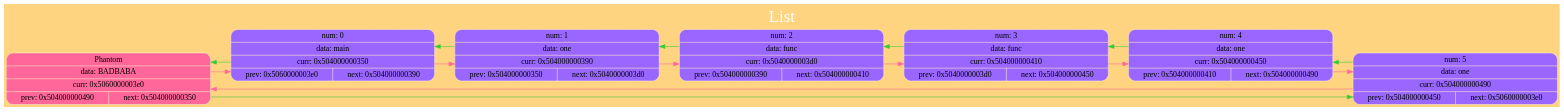
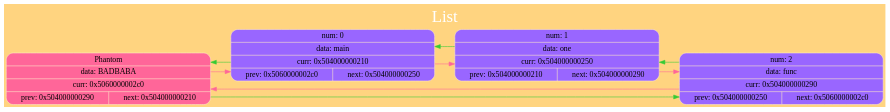
The diagram in StringList/dump/ListGraph.dot (kand1bober/OOSD-Language), drawn with Graphviz before and after one commit. The commit also changed 14 other files, not shown here.

```diff
--- a/StringList/dump/ListGraph.dot
+++ b/StringList/dump/ListGraph.dot
@@ -1,34 +1,25 @@
 digraph G
 {
 label="List";
  labelloc="t";
  fontsize=30
  fontname="Verdana";
  fontcolor="#FFFFFF"
 
 rankdir=LR; splines=ortho; size="200,300"; bgcolor="#ffd480";
-{ node_0x5060000003e0 [shape = record; style="rounded, filled", fillcolor="#ff6699", color="#FFE9C7", label=" { Phantom } | { data: BADBABA } | { curr: 0x5060000003e0 } | { { prev: 0x504000000490 } | { next: 0x504000000350 } }  "] 
+{ node_0x5060000002c0 [shape = record; style="rounded, filled", fillcolor="#ff6699", color="#FFE9C7", label=" { Phantom } | { data: BADBABA } | { curr: 0x5060000002c0 } | { { prev: 0x504000000290 } | { next: 0x504000000210 } }  "] 
 }
-node_0x504000000350 [shape = record; style="rounded, filled", fillcolor="#9966FF", color="#FFE9C7", label=" { num: 0 } | { data: main } | { curr: 0x504000000350 } | { { prev: 0x5060000003e0 } | { next: 0x504000000390 } }  "] 
-node_0x504000000390 [shape = record; style="rounded, filled", fillcolor="#9966FF", color="#FFE9C7", label=" { num: 1 } | { data: one } | { curr: 0x504000000390 } | { { prev: 0x504000000350 } | { next: 0x5040000003d0 } }  "] 
-node_0x5040000003d0 [shape = record; style="rounded, filled", fillcolor="#9966FF", color="#FFE9C7", label=" { num: 2 } | { data: func } | { curr: 0x5040000003d0 } | { { prev: 0x504000000390 } | { next: 0x504000000410 } }  "] 
-node_0x504000000410 [shape = record; style="rounded, filled", fillcolor="#9966FF", color="#FFE9C7", label=" { num: 3 } | { data: func } | { curr: 0x504000000410 } | { { prev: 0x5040000003d0 } | { next: 0x504000000450 } }  "] 
-node_0x504000000450 [shape = record; style="rounded, filled", fillcolor="#9966FF", color="#FFE9C7", label=" { num: 4 } | { data: one } | { curr: 0x504000000450 } | { { prev: 0x504000000410 } | { next: 0x504000000490 } }  "] 
-node_0x504000000490 [shape = record; style="rounded, filled", fillcolor="#9966FF", color="#FFE9C7", label=" { num: 5 } | { data: one } | { curr: 0x504000000490 } | { { prev: 0x504000000450 } | { next: 0x5060000003e0 } }  "] 
+node_0x504000000210 [shape = record; style="rounded, filled", fillcolor="#9966FF", color="#FFE9C7", label=" { num: 0 } | { data: main } | { curr: 0x504000000210 } | { { prev: 0x5060000002c0 } | { next: 0x504000000250 } }  "] 
+node_0x504000000250 [shape = record; style="rounded, filled", fillcolor="#9966FF", color="#FFE9C7", label=" { num: 1 } | { data: one } | { curr: 0x504000000250 } | { { prev: 0x504000000210 } | { next: 0x504000000290 } }  "] 
+node_0x504000000290 [shape = record; style="rounded, filled", fillcolor="#9966FF", color="#FFE9C7", label=" { num: 2 } | { data: func } | { curr: 0x504000000290 } | { { prev: 0x504000000250 } | { next: 0x5060000002c0 } }  "] 
 
-node_0x5060000003e0 -> node_0x504000000350 [color ="#ff6699"];
-node_0x5060000003e0 -> node_0x504000000490 [color ="#34cb34"];
-node_0x504000000350 -> node_0x504000000390 [color ="#ff6699"];
-node_0x504000000350 -> node_0x5060000003e0 [color ="#34cb34"];
-node_0x504000000390 -> node_0x5040000003d0 [color ="#ff6699"];
-node_0x504000000390 -> node_0x504000000350 [color ="#34cb34"];
-node_0x5040000003d0 -> node_0x504000000410 [color ="#ff6699"];
-node_0x5040000003d0 -> node_0x504000000390 [color ="#34cb34"];
-node_0x504000000410 -> node_0x504000000450 [color ="#ff6699"];
-node_0x504000000410 -> node_0x5040000003d0 [color ="#34cb34"];
-node_0x504000000450 -> node_0x504000000490 [color ="#ff6699"];
-node_0x504000000450 -> node_0x504000000410 [color ="#34cb34"];
-node_0x504000000490 -> node_0x5060000003e0 [color ="#ff6699"];
-node_0x504000000490 -> node_0x504000000450 [color ="#34cb34"];
+node_0x5060000002c0 -> node_0x504000000210 [color ="#ff6699"];
+node_0x5060000002c0 -> node_0x504000000290 [color ="#34cb34"];
+node_0x504000000210 -> node_0x504000000250 [color ="#ff6699"];
+node_0x504000000210 -> node_0x5060000002c0 [color ="#34cb34"];
+node_0x504000000250 -> node_0x504000000290 [color ="#ff6699"];
+node_0x504000000250 -> node_0x504000000210 [color ="#34cb34"];
+node_0x504000000290 -> node_0x5060000002c0 [color ="#ff6699"];
+node_0x504000000290 -> node_0x504000000250 [color ="#34cb34"];
 
 }
```
